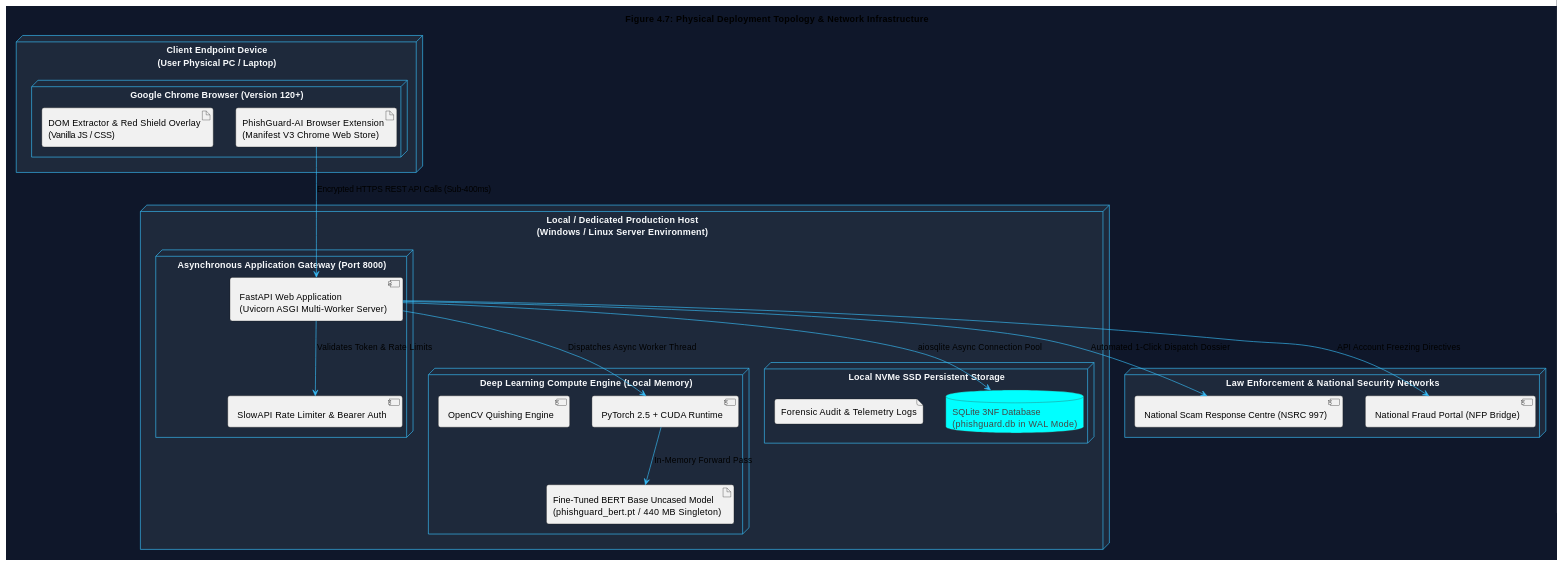
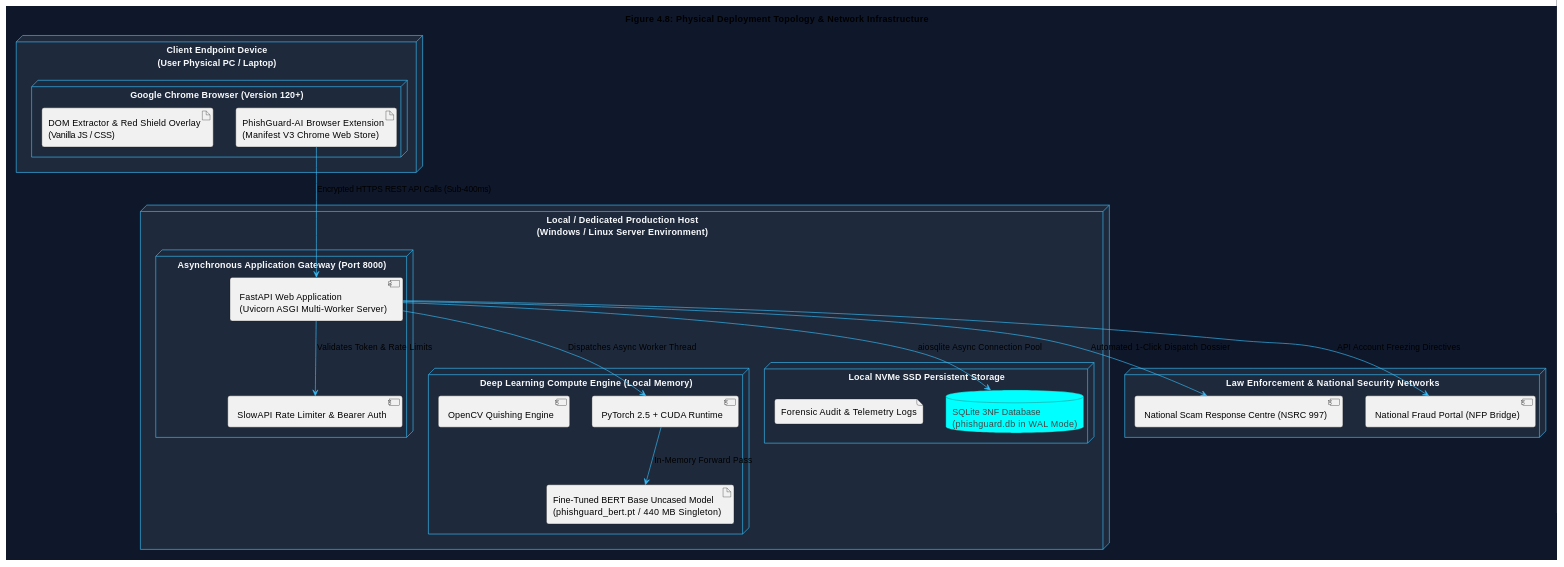
One commit to KunTheNoobie/PhishGuard-AI-Complete changed the seventh of 7 diagrams in report/Chapter_4_System_Design.md. Above: the diagram before and after it, drawn with PlantUML. The commit also changed other lines of this file, not shown here.

````diff
--- a/report/Chapter_4_System_Design.md
+++ b/report/Chapter_4_System_Design.md
@@ -800,51 +878,51 @@
 ```plantuml
 @startuml Deployment_Topology_Chapter_4
 !theme vibrant
 skinparam backgroundColor #0f172a
 skinparam ArrowColor #38bdf8
 skinparam NodeBorderColor #38bdf8
 skinparam NodeBackgroundColor #1e293b
 skinparam NodeFontColor #f8fafc
 
-title Figure 4.7: Physical Deployment Topology & Network Infrastructure
+title Figure 4.8: Physical Deployment Topology & Network Infrastructure
 
 node "Client Endpoint Device\n(User Physical PC / Laptop)" as ClientNode {
     node "Google Chrome Browser (Version 120+)" {
         artifact "PhishGuard-AI Browser Extension\n(Manifest V3 Chrome Web Store)" as ExtArtifact
         artifact "DOM Extractor & Red Shield Overlay\n(Vanilla JS / CSS)" as DOMArtifact
     }
 }
 
 node "Local / Dedicated Production Host\n(Windows / Linux Server Environment)" as ServerNode {
     node "Asynchronous Application Gateway (Port 8000)" {
         component "FastAPI Web Application\n(Uvicorn ASGI Multi-Worker Server)" as ASGIComponent
         component "SlowAPI Rate Limiter & Bearer Auth" as SecurityComponent
     }
     
     node "Deep Learning Compute Engine (Local Memory)" {
         component "PyTorch 2.5 + CUDA Runtime" as PyTorchComponent
         artifact "Fine-Tuned BERT Base Uncased Model\n(phishguard_bert.pt / 440 MB Singleton)" as ModelArtifact
         component "OpenCV Quishing Engine" as OpenCVComponent
     }
     
     node "Local NVMe SSD Persistent Storage" {
         database "SQLite 3NF Database\n(phishguard.db in WAL Mode)" as SQLiteFile
         file "Forensic Audit & Telemetry Logs" as LogFiles
     }
 }
 
 node "Law Enforcement & National Security Networks" as ExtNetwork {
     component "National Scam Response Centre (NSRC 997)" as NSRCComponent
     component "National Fraud Portal (NFP Bridge)" as NFPComponent
 }
 
 ExtArtifact --> ASGIComponent : Encrypted HTTPS REST API Calls (Sub-400ms)
 ASGIComponent --> SecurityComponent : Validates Token & Rate Limits
 ASGIComponent --> PyTorchComponent : Dispatches Async Worker Thread
 PyTorchComponent --> ModelArtifact : In-Memory Forward Pass
 ASGIComponent --> SQLiteFile : aiosqlite Async Connection Pool
 ASGIComponent --> NSRCComponent : Automated 1-Click Dispatch Dossier
 ASGIComponent --> NFPComponent : API Account Freezing Directives
 
 @enduml
 ```
````
